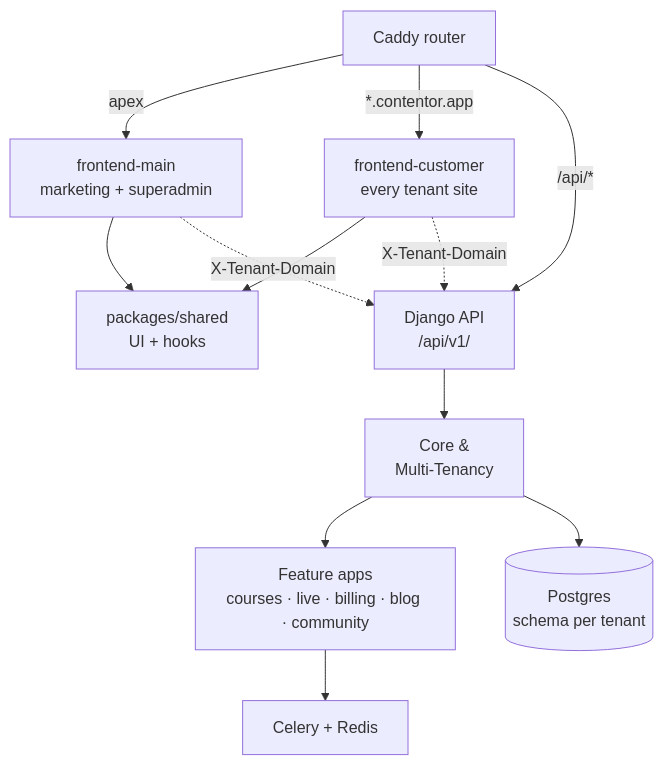
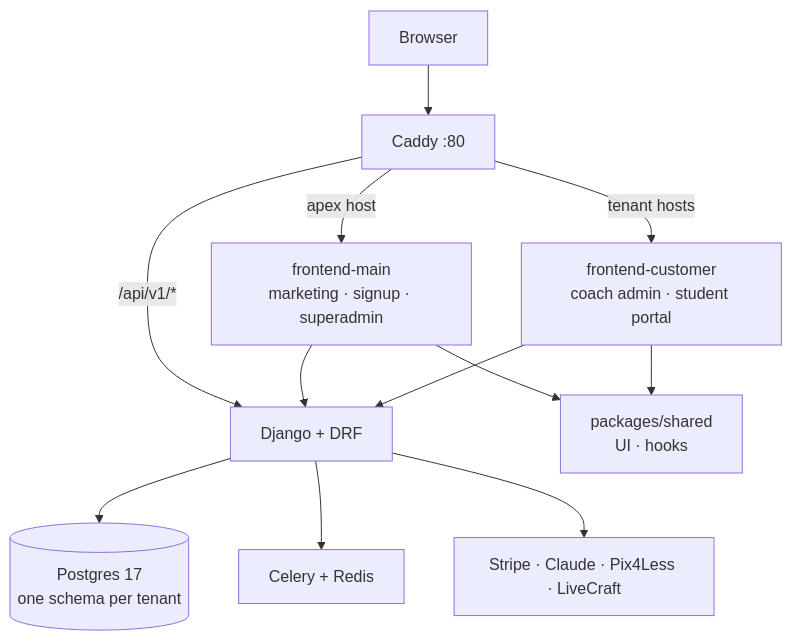
One commit to tahayusufkomur/contentor changed the diagram in docs/wiki/overview.md. Above: the diagram before and after it, drawn with Mermaid. The commit also changed other lines of this file and 7 other files, not shown here.

````diff
--- a/docs/wiki/overview.md
+++ b/docs/wiki/overview.md
@@ -21,24 +13,14 @@
 ```mermaid
 graph TD
-    Caddy[Caddy router]
-    Main[frontend-main<br/>marketing + superadmin]
-    Customer[frontend-customer<br/>every tenant site]
-    Shared[packages/shared<br/>UI + hooks]
-    Django[Django API<br/>/api/v1/]
-    Core[Core &<br/>Multi-Tenancy]
-    Feature[Feature apps<br/>courses · live · billing · blog · community]
-    PG[(Postgres<br/>schema per tenant)]
-    Celery[Celery + Redis]
-
-    Caddy -->|apex| Main
-    Caddy -->|"*.contentor.app"| Customer
-    Caddy -->|/api/*| Django
-    Main --> Shared
-    Customer --> Shared
-    Main -.->|X-Tenant-Domain| Django
-    Customer -.->|X-Tenant-Domain| Django
-    Django --> Core
-    Core --> Feature
-    Core --> PG
-    Feature --> Celery
+    B["Browser"] --> C["Caddy :80"]
+    C -->|"apex host"| M["frontend-main<br/>marketing · signup · superadmin"]
+    C -->|"tenant hosts"| T["frontend-customer<br/>coach admin · student portal"]
+    C -->|"/api/v1/*"| D["Django + DRF"]
+    M --> S["packages/shared<br/>UI · hooks"]
+    T --> S
+    M --> D
+    T --> D
+    D --> P[("Postgres 17<br/>one schema per tenant")]
+    D --> W["Celery + Redis"]
+    D --> X["Stripe · Claude · Pix4Less · LiveCraft"]
 ```
````
